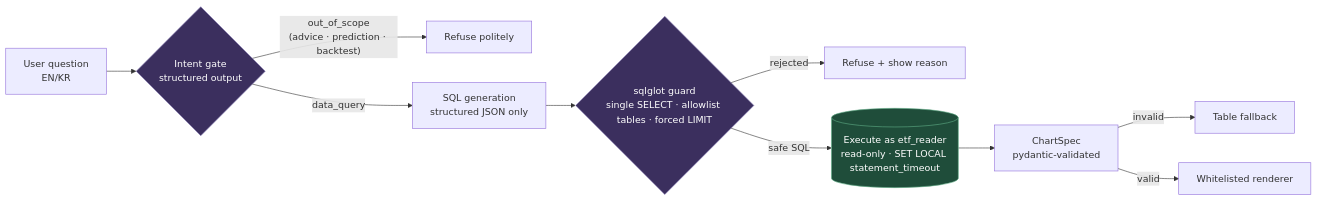
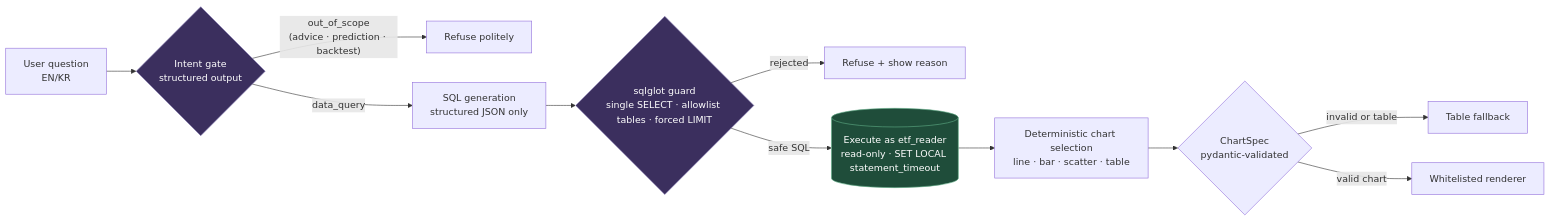
The second of 2 diagrams in docs/architecture.md (aestim/etf-analytics), drawn with Mermaid before and after one commit. The commit also changed 6 other files, not shown here.

````diff
--- a/docs/architecture.md
+++ b/docs/architecture.md
@@ -71,17 +71,18 @@
 ```mermaid
 flowchart LR
   U[User question<br/>EN/KR] --> G{Intent gate<br/>structured output}
   G -- out_of_scope<br/>(advice · prediction · backtest) --> R1[Refuse politely]
   G -- data_query --> S[SQL generation<br/>structured JSON only]
   S --> V{sqlglot guard<br/>single SELECT · allowlist tables · forced LIMIT}
   V -- rejected --> R2[Refuse + show reason]
   V -- safe SQL --> X[(Execute as etf_reader<br/>read-only · SET LOCAL statement_timeout)]
-  X --> C[ChartSpec<br/>pydantic-validated]
-  C -- invalid --> T[Table fallback]
-  C -- valid --> P[Whitelisted renderer]
+  X --> C[Deterministic chart selection<br/>line · bar · scatter · table]
+  C --> P{ChartSpec<br/>pydantic-validated}
+  P -- invalid or table --> T[Table fallback]
+  P -- valid chart --> W[Whitelisted renderer]
 
   classDef gate fill:#3b2f5e,stroke:#8a7fb8,color:#fff;
   classDef exec fill:#1f4d3a,stroke:#5fae86,color:#fff;
   class G,V gate;
   class X exec;
 ```
````
